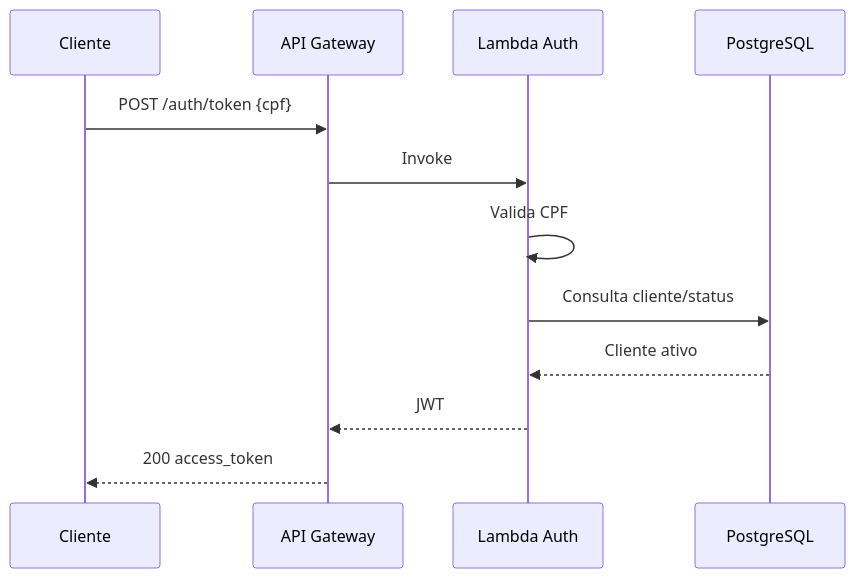
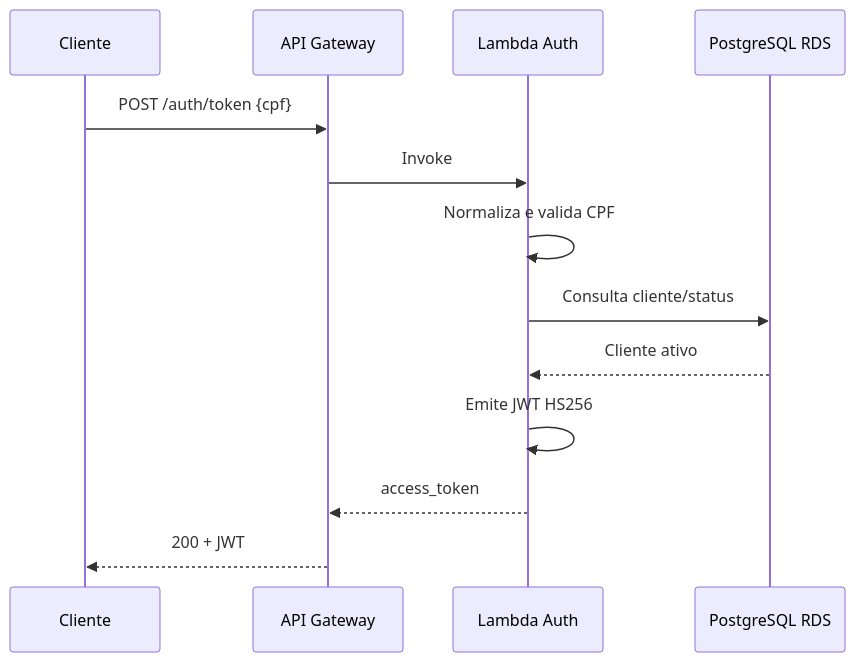
One commit to YasminLuna/oficina-auth-serverless changed the diagram in README.md. Above: the diagram before and after it, drawn with Mermaid. The commit also changed other lines of this file, not shown here.

Commit message:
docs: align auth README with final phase 3 architecture

````diff
--- a/README.md
+++ b/README.md
@@ -9,14 +11,15 @@
 ```mermaid
 sequenceDiagram
   participant C as Cliente
   participant G as API Gateway
   participant L as Lambda Auth
-  participant DB as PostgreSQL
+  participant DB as PostgreSQL RDS
   C->>G: POST /auth/token {cpf}
   G->>L: Invoke
-  L->>L: Valida CPF
+  L->>L: Normaliza e valida CPF
   L->>DB: Consulta cliente/status
   DB-->>L: Cliente ativo
-  L-->>G: JWT
-  G-->>C: 200 access_token
+  L->>L: Emite JWT HS256
+  L-->>G: access_token
+  G-->>C: 200 + JWT
 ```
````
